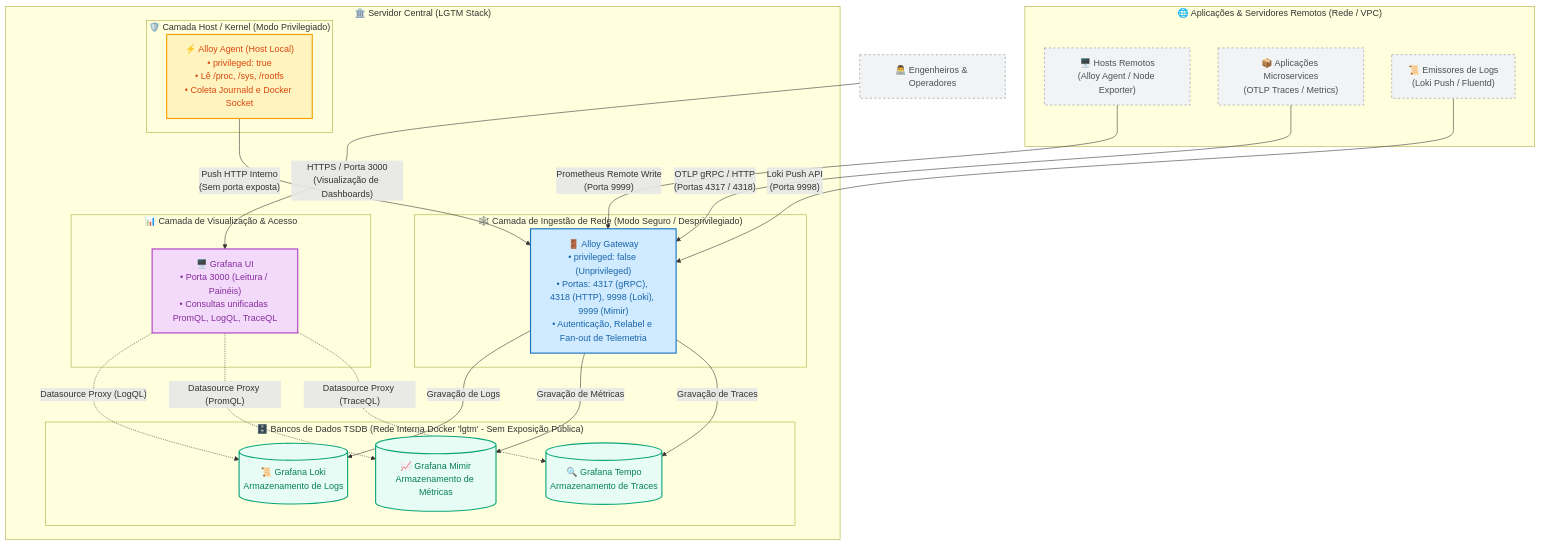
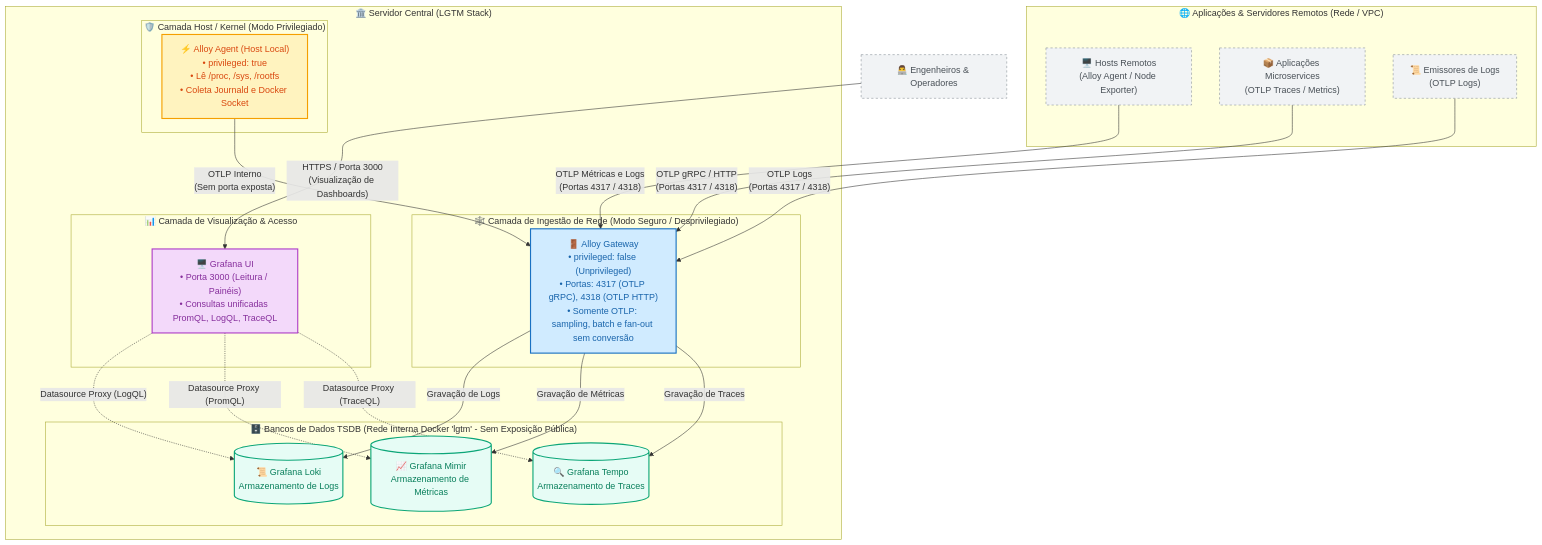
Before and after one commit to danielsabatini/lgtm-stack-otel: the diagram in docs/diagrams/lgtm-architecture-topology.mmd, drawn with Mermaid. The commit also changed 22 other files, not shown here.

First line of the commit message:
feat(otel)!: backends e gateway 100% OTLP com semantica OpenTelemetry

```diff
--- a/docs/diagrams/lgtm-architecture-topology.mmd
+++ b/docs/diagrams/lgtm-architecture-topology.mmd
@@ -1,50 +1,50 @@
 flowchart TB
     %% Estilos e Classes
     classDef hostBox fill:#f8f9fa,stroke:#495057,stroke-width:2px,color:#212529;
     classDef privBox fill:#fff3bf,stroke:#f59f00,stroke-width:2px,color:#d9480f;
     classDef gtwBox fill:#d0ebff,stroke:#1971c2,stroke-width:2px,color:#1864ab;
     classDef tsdbBox fill:#e6fcf5,stroke:#0ca678,stroke-width:2px,color:#087f5b;
     classDef uiBox fill:#f3d9fa,stroke:#ae3ec9,stroke-width:2px,color:#862e9c;
     classDef extBox fill:#f1f3f5,stroke:#868e96,stroke-dasharray: 4 4,color:#495057;
 
     subgraph EXT ["🌐 Aplicações & Servidores Remotos (Rede / VPC)"]
         APP1["🖥️ Hosts Remotos<br/>(Alloy Agent / Node Exporter)"]:::extBox
         APP2["📦 Aplicações Microservices<br/>(OTLP Traces / Metrics)"]:::extBox
-        APP3["📜 Emissores de Logs<br/>(Loki Push / Fluentd)"]:::extBox
+        APP3["📜 Emissores de Logs<br/>(OTLP Logs)"]:::extBox
     end
 
     subgraph STACK ["🏛️ Servidor Central (LGTM Stack)"]
         subgraph PRIV ["🛡️ Camada Host / Kernel (Modo Privilegiado)"]
             AGENT["⚡ Alloy Agent (Host Local)<br/>• privileged: true<br/>• Lê /proc, /sys, /rootfs<br/>• Coleta Journald e Docker Socket"]:::privBox
         end
 
         subgraph UNPRIV ["🕸️ Camada de Ingestão de Rede (Modo Seguro / Desprivilegiado)"]
-            GATEWAY["🚪 Alloy Gateway<br/>• privileged: false (Unprivileged)<br/>• Portas: 4317 (gRPC), 4318 (HTTP), 9998 (Loki), 9999 (Mimir)<br/>• Autenticação, Relabel e Fan-out de Telemetria"]:::gtwBox
+            GATEWAY["🚪 Alloy Gateway<br/>• privileged: false (Unprivileged)<br/>• Portas: 4317 (OTLP gRPC), 4318 (OTLP HTTP)<br/>• Somente OTLP: sampling, batch e fan-out sem conversão"]:::gtwBox
         end
 
         subgraph BACKENDS ["🗄️ Bancos de Dados TSDB (Rede Interna Docker 'lgtm' - Sem Exposição Pública)"]
             LOKI[("📜 Grafana Loki<br/>Armazenamento de Logs")]:::tsdbBox
             MIMIR[("📈 Grafana Mimir<br/>Armazenamento de Métricas")]:::tsdbBox
             TEMPO[("🔍 Grafana Tempo<br/>Armazenamento de Traces")]:::tsdbBox
         end
 
         subgraph FRONTEND ["📊 Camada de Visualização & Acesso"]
             GRAFANA["🖥️ Grafana UI<br/>• Porta 3000 (Leitura / Painéis)<br/>• Consultas unificadas PromQL, LogQL, TraceQL"]:::uiBox
         end
     end
 
     %% Conexões e Fluxos
-    AGENT -->|"Push HTTP Interno<br/>(Sem porta exposta)"| GATEWAY
-    APP1 -->|"Prometheus Remote Write<br/>(Porta 9999)"| GATEWAY
+    AGENT -->|"OTLP Interno<br/>(Sem porta exposta)"| GATEWAY
+    APP1 -->|"OTLP Métricas e Logs<br/>(Portas 4317 / 4318)"| GATEWAY
     APP2 -->|"OTLP gRPC / HTTP<br/>(Portas 4317 / 4318)"| GATEWAY
-    APP3 -->|"Loki Push API<br/>(Porta 9998)"| GATEWAY
+    APP3 -->|"OTLP Logs<br/>(Portas 4317 / 4318)"| GATEWAY
 
     GATEWAY -->|"Gravação de Logs"| LOKI
     GATEWAY -->|"Gravação de Métricas"| MIMIR
     GATEWAY -->|"Gravação de Traces"| TEMPO
 
     GRAFANA -.->|"Datasource Proxy (LogQL)"| LOKI
     GRAFANA -.->|"Datasource Proxy (PromQL)"| MIMIR
     GRAFANA -.->|"Datasource Proxy (TraceQL)"| TEMPO
 
     USER["👨‍💻 Engenheiros & Operadores"]:::extBox -->|"HTTPS / Porta 3000<br/>(Visualização de Dashboards)"| GRAFANA
```
